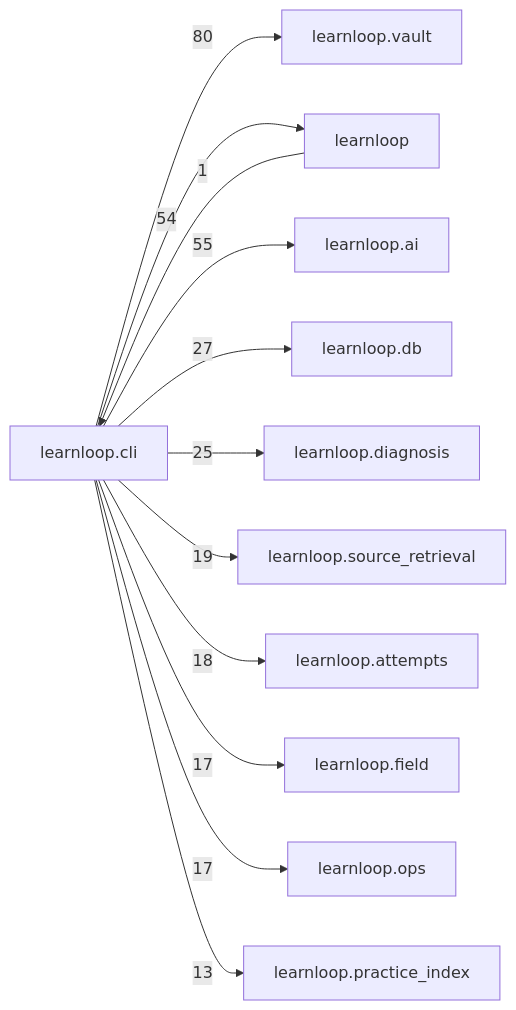
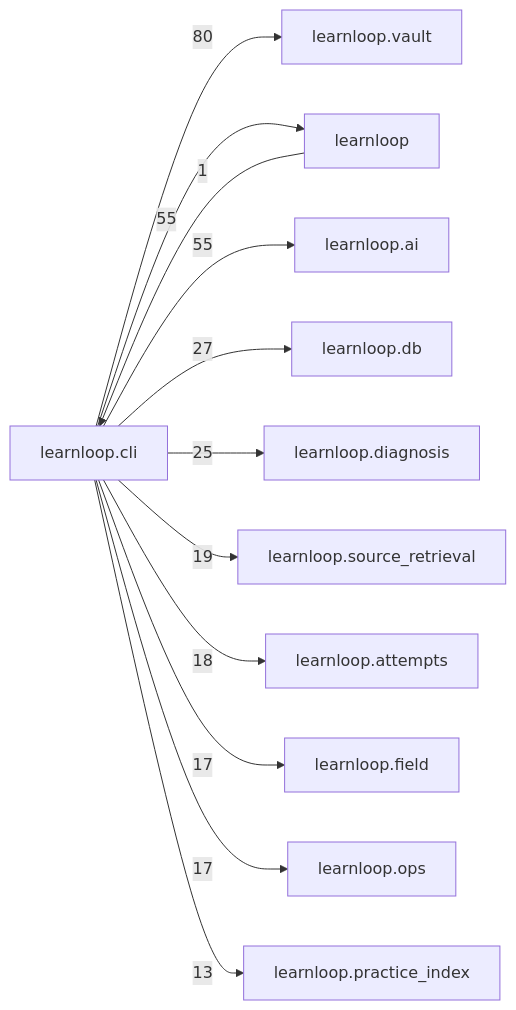
The diagram in docs/learnloop-architecture-vault/Reference/Modules/learnloop/cli/_package.md (6up-b/learnanything), drawn with Mermaid before and after one commit. The commit also changed other lines of this file and 616 other files, not shown here.

````diff
--- a/docs/learnloop-architecture-vault/Reference/Modules/learnloop/cli/_package.md
+++ b/docs/learnloop-architecture-vault/Reference/Modules/learnloop/cli/_package.md
@@ -228,25 +228,25 @@
 ```mermaid
 flowchart LR
     center["learnloop.cli"]
     n_learnloop_vault["learnloop.vault"]
     n_learnloop["learnloop"]
     n_learnloop_ai["learnloop.ai"]
     n_learnloop_db["learnloop.db"]
     n_learnloop_diagnosis["learnloop.diagnosis"]
     n_learnloop_source_retrieval["learnloop.source_retrieval"]
     n_learnloop_attempts["learnloop.attempts"]
     n_learnloop_field["learnloop.field"]
     n_learnloop_ops["learnloop.ops"]
     n_learnloop_practice_index["learnloop.practice_index"]
     center -->|80| n_learnloop_vault
     n_learnloop -->|1| center
-    center -->|54| n_learnloop
+    center -->|55| n_learnloop
     center -->|55| n_learnloop_ai
     center -->|27| n_learnloop_db
     center -->|25| n_learnloop_diagnosis
     center -->|19| n_learnloop_source_retrieval
     center -->|18| n_learnloop_attempts
     center -->|17| n_learnloop_field
     center -->|17| n_learnloop_ops
     center -->|13| n_learnloop_practice_index
 ```
````
